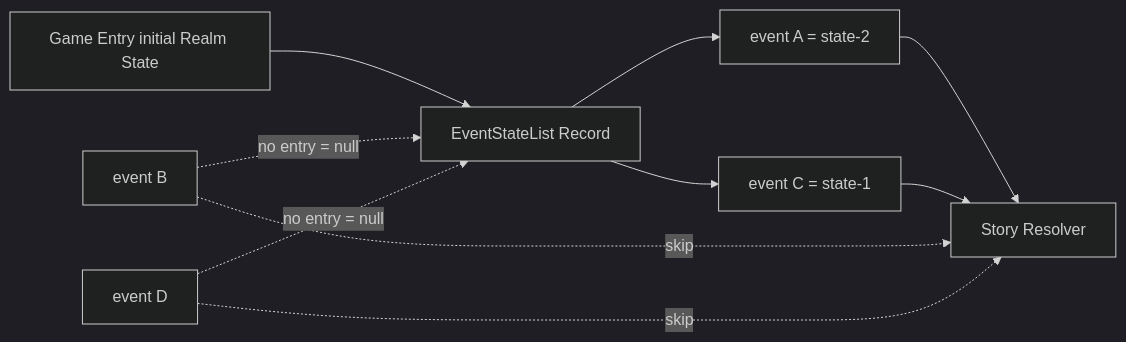
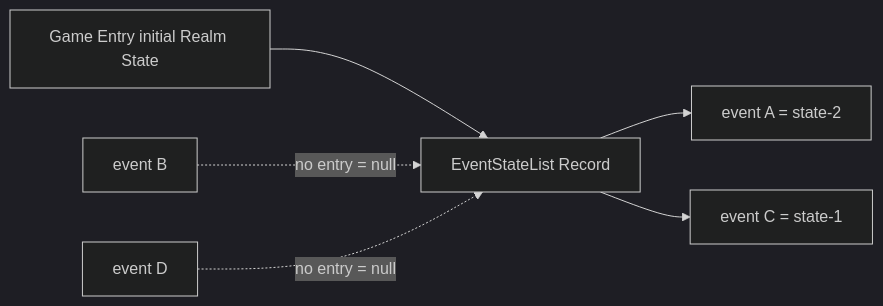
The third of 8 diagrams in examples/PokeMan/doc/65-data-model-diagram.md (lithdoo/loom-realm), drawn with Mermaid (dark theme) before and after one commit. The commit also changed other lines of this file, not shown here.

Commit message:
docs(PokeMan): update model diagram for contract skills

````diff
--- a/examples/PokeMan/doc/65-data-model-diagram.md
+++ b/examples/PokeMan/doc/65-data-model-diagram.md
@@ -226,15 +205,8 @@
 ```mermaid
 flowchart LR
     I[Game Entry initial Realm State] --> L[EventStateList Record]
-
     L --> A[event A = state-2]
     L --> C[event C = state-1]
-
     B[event B] -. no entry = null .-> L
     D[event D] -. no entry = null .-> L
-
-    A --> R[Story Resolver]
-    C --> R
-    B -. skip .-> R
-    D -. skip .-> R
 ```
````
